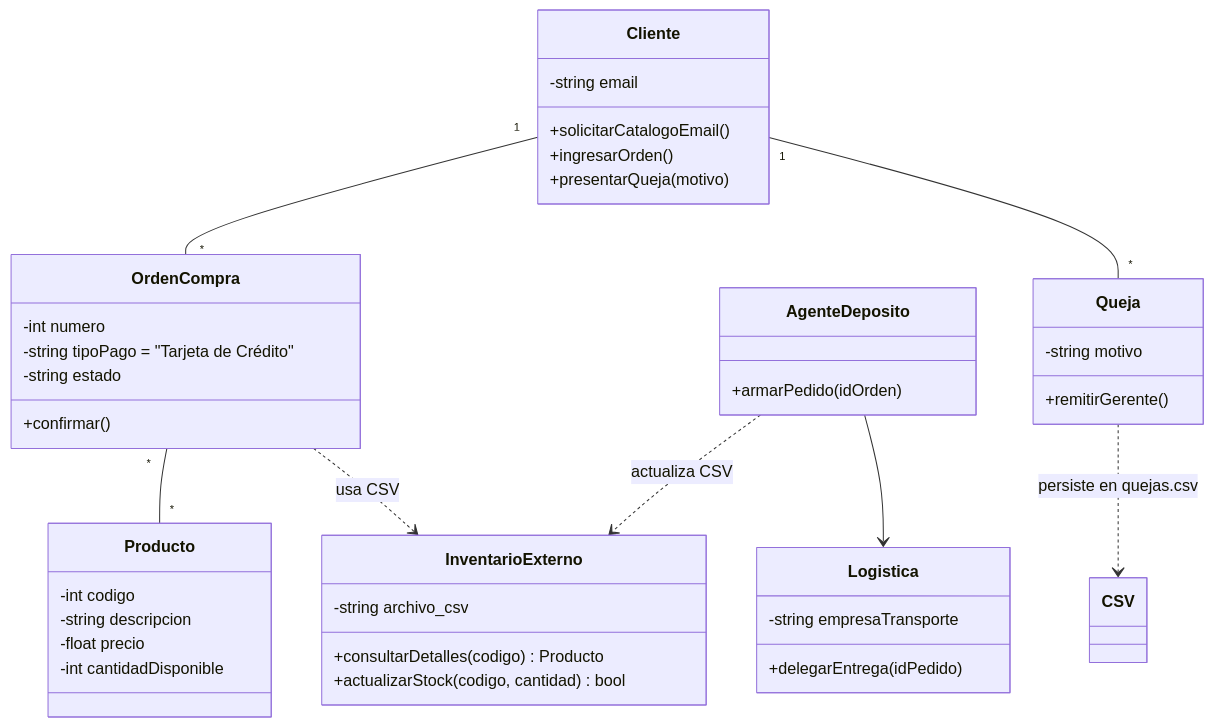
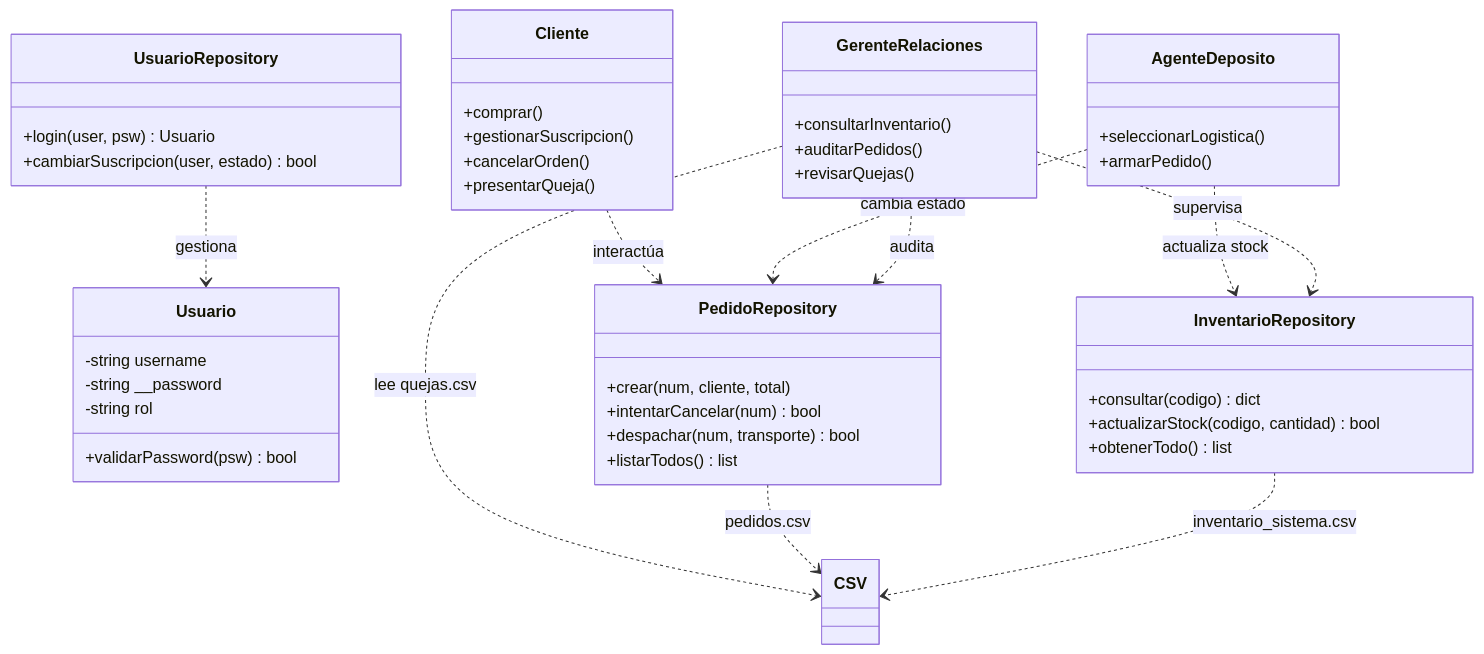
Before and after one commit to JuanGonzalezP1021/Taller_I: the diagram in docs/Diseno_1.md, drawn with Mermaid. The commit also changed other lines of this file and 1 other file, not shown here.

Commit message:
actualización md

````diff
--- a/docs/Diseno_1.md
+++ b/docs/Diseno_1.md
@@ -27,53 +41,56 @@
 ```mermaid
 classDiagram
-    class InventarioExterno {
-        -string archivo_csv
-        +consultarDetalles(codigo) Producto
-        +actualizarStock(codigo, cantidad) bool
+    class Usuario {
+        -string username
+        -string __password
+        -string rol
+        +validarPassword(psw) bool
     }
 
-    class Producto {
-        -int codigo
-        -string descripcion
-        -float precio
-        -int cantidadDisponible
+    class UsuarioRepository {
+        +login(user, psw) Usuario
+        +cambiarSuscripcion(user, estado) bool
+    }
+
+    class InventarioRepository {
+        +consultar(codigo) dict
+        +actualizarStock(codigo, cantidad) bool
+        +obtenerTodo() list
+    }
+
+    class PedidoRepository {
+        +crear(num, cliente, total)
+        +intentarCancelar(num) bool
+        +despachar(num, transporte) bool
+        +listarTodos() list
     }
 
     class Cliente {
-        -string email
-        +solicitarCatalogoEmail()
-        +ingresarOrden()
-        +presentarQueja(motivo)
-    }
-
-    class OrdenCompra {
-        -int numero
-        -string tipoPago = "Tarjeta de Crédito"
-        -string estado
-        +confirmar()
+        +comprar()
+        +gestionarSuscripcion()
+        +cancelarOrden()
+        +presentarQueja()
     }
 
     class AgenteDeposito {
-        +armarPedido(idOrden)
+        +seleccionarLogistica()
+        +armarPedido()
     }
 
-    class Logistica {
-        -string empresaTransporte
-        +delegarEntrega(idPedido)
+    class GerenteRelaciones {
+        +consultarInventario()
+        +auditarPedidos()
+        +revisarQuejas()
     }
 
-    class Queja {
-        -string motivo
-        +remitirGerente()
-    }
-
-
-    Cliente "1" -- "*" OrdenCompra
-    OrdenCompra "*" -- "*" Producto
-    OrdenCompra ..> InventarioExterno : usa CSV
-    AgenteDeposito ..> InventarioExterno : actualiza CSV
-    AgenteDeposito --> Logistica
-    Cliente "1" -- "*" Queja
-    Queja ..> CSV : persiste en quejas.csv
+    UsuarioRepository ..> Usuario : gestiona
+    Cliente ..> PedidoRepository : interactúa
+    AgenteDeposito ..> InventarioRepository : actualiza stock
+    AgenteDeposito ..> PedidoRepository : cambia estado
+    GerenteRelaciones ..> InventarioRepository : supervisa
+    GerenteRelaciones ..> PedidoRepository : audita
+    GerenteRelaciones ..> CSV : lee quejas.csv
+    PedidoRepository ..> CSV : pedidos.csv
+    InventarioRepository ..> CSV : inventario_sistema.csv
 
 ```
````
